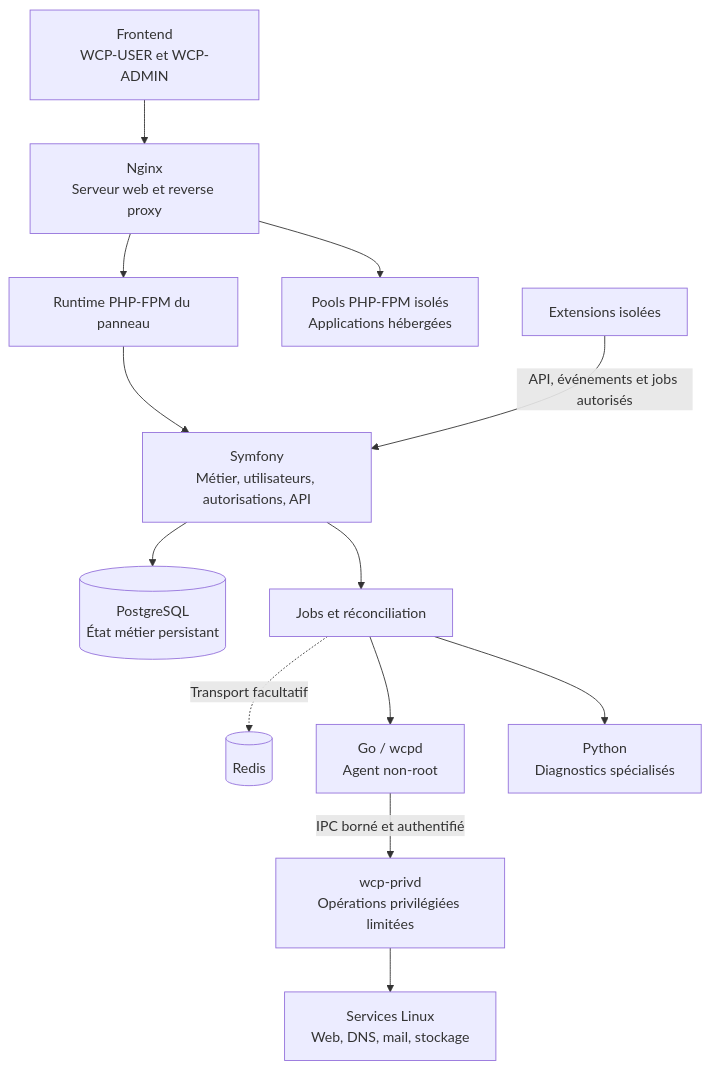
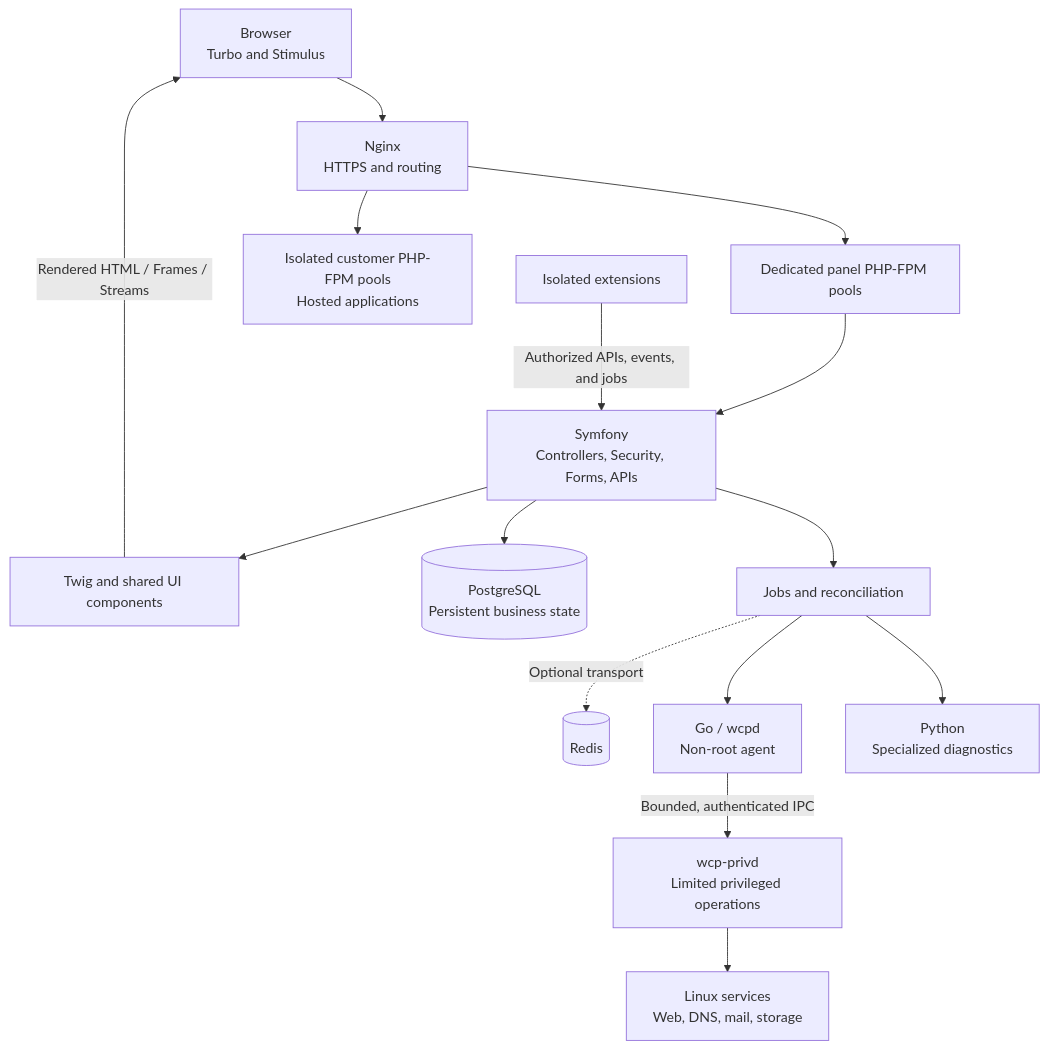
Before and after one commit to wcp360/wcp360: the diagram in README.md, drawn with Mermaid. The commit also changed other lines of this file, not shown here.

````diff
--- a/README.md
+++ b/README.md
@@ -121,15 +214,17 @@
 ```mermaid
 flowchart TB
-    UI["Frontend<br/>WCP-USER et WCP-ADMIN"] --> NGINX["Nginx<br/>Serveur web et reverse proxy"]
-    NGINX --> PANEL["Runtime PHP-FPM du panneau"]
-    PANEL --> APP["Symfony<br/>Métier, utilisateurs, autorisations, API"]
-    NGINX --> TENANTS["Pools PHP-FPM isolés<br/>Applications hébergées"]
-    APP --> PG[("PostgreSQL<br/>État métier persistant")]
-    APP --> JOBS["Jobs et réconciliation"]
-    JOBS -. "Transport facultatif" .-> REDIS[("Redis")]
-    JOBS --> GO["Go / wcpd<br/>Agent non-root"]
-    JOBS --> PY["Python<br/>Diagnostics spécialisés"]
-    GO -->|"IPC borné et authentifié"| PRIV["wcp-privd<br/>Opérations privilégiées limitées"]
-    PRIV --> HOST["Services Linux<br/>Web, DNS, mail, stockage"]
-    EXT["Extensions isolées"] -->|"API, événements et jobs autorisés"| APP
+    UI["Browser<br/>Turbo and Stimulus"] --> NGINX["Nginx<br/>HTTPS and routing"]
+    NGINX --> PANEL["Dedicated panel PHP-FPM pools"]
+    PANEL --> APP["Symfony<br/>Controllers, Security, Forms, APIs"]
+    APP --> TWIG["Twig and shared UI components"]
+    TWIG -->|"Rendered HTML / Frames / Streams"| UI
+    NGINX --> TENANTS["Isolated customer PHP-FPM pools<br/>Hosted applications"]
+    APP --> PG[("PostgreSQL<br/>Persistent business state")]
+    APP --> JOBS["Jobs and reconciliation"]
+    JOBS -. "Optional transport" .-> REDIS[("Redis")]
+    JOBS --> GO["Go / wcpd<br/>Non-root agent"]
+    JOBS --> PY["Python<br/>Specialized diagnostics"]
+    GO -->|"Bounded, authenticated IPC"| PRIV["wcp-privd<br/>Limited privileged operations"]
+    PRIV --> HOST["Linux services<br/>Web, DNS, mail, storage"]
+    EXT["Isolated extensions"] -->|"Authorized APIs, events, and jobs"| APP
 ```
````
